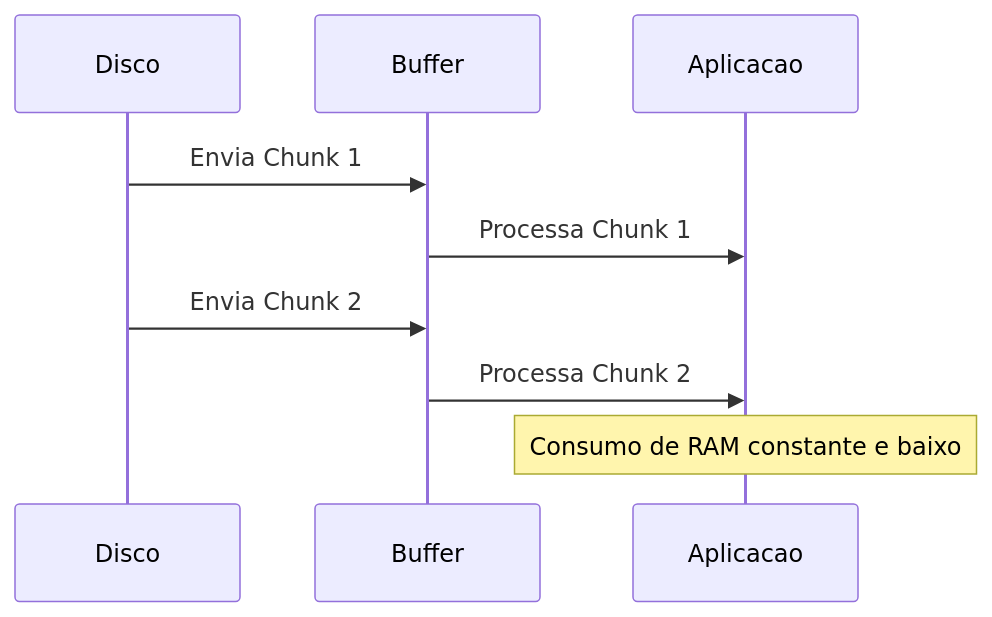
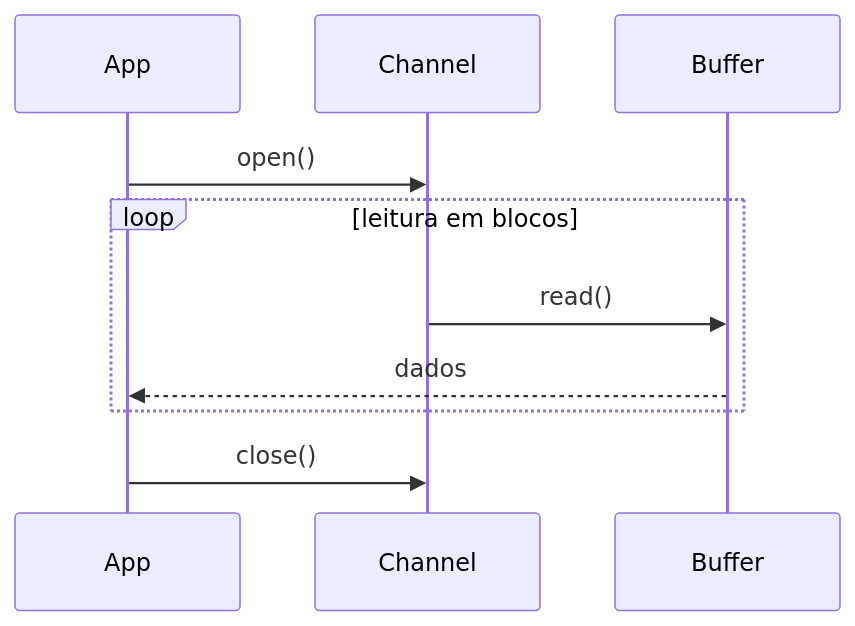
The second of 3 diagrams in licoes/io-arquivos.md (Dev-Lucinei/roadmap-estudos), drawn with Mermaid before and after one commit. The commit also changed other lines of this file and 67 other files, not shown here.

````diff
--- a/licoes/io-arquivos.md
+++ b/licoes/io-arquivos.md
@@ -35,11 +100,12 @@
 ```mermaid
 sequenceDiagram
-    participant Disco
+    participant App
+    participant Channel
     participant Buffer
-    participant Aplicacao
-    Disco->>Buffer: Envia Chunk 1
-    Buffer->>Aplicacao: Processa Chunk 1
-    Disco->>Buffer: Envia Chunk 2
-    Buffer->>Aplicacao: Processa Chunk 2
-    Note over Aplicacao: Consumo de RAM constante e baixo
+    App->>Channel: open()
+    loop leitura em blocos
+        Channel->>Buffer: read()
+        Buffer-->>App: dados
+    end
+    App->>Channel: close()
 ```
````
